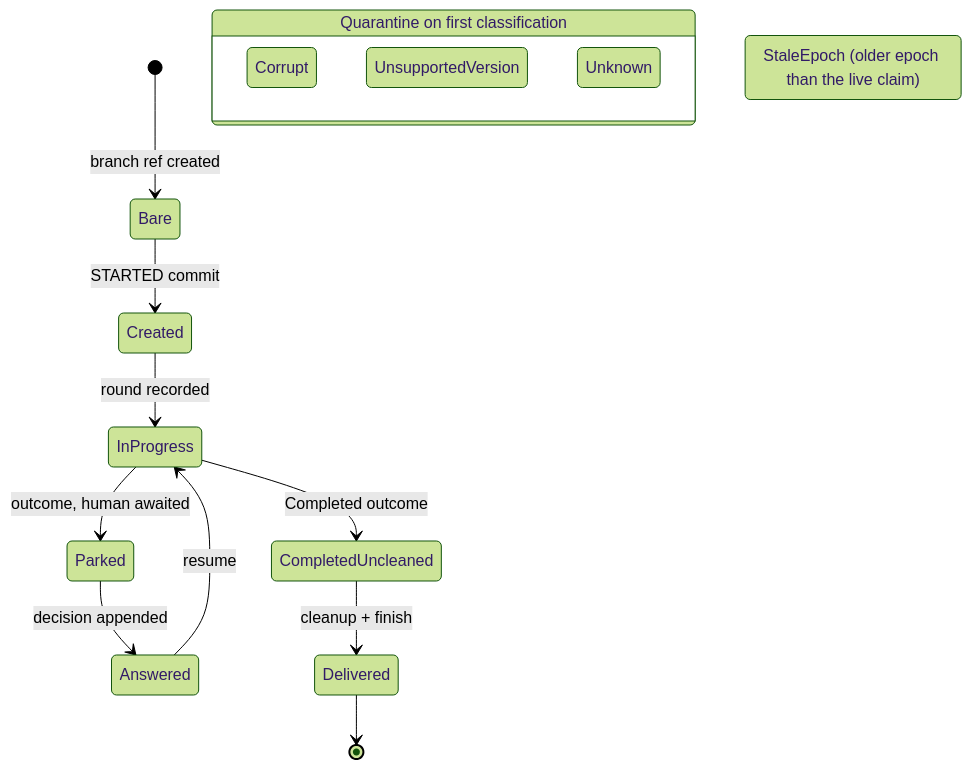
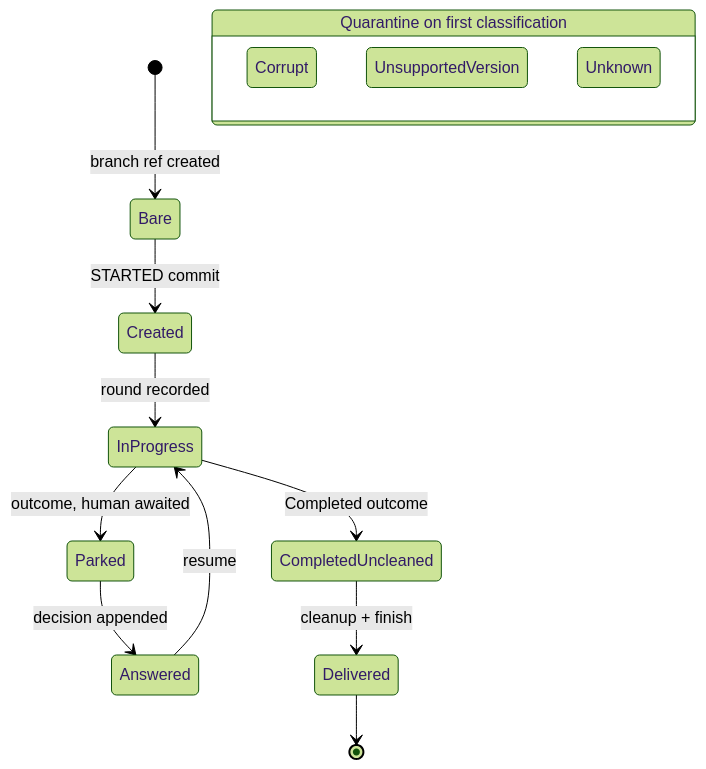
Before and after one commit to oinsio/gnomish-factory: the first of 2 diagrams in openspec/specs/lifecycle/task-branch-contract/spec.md, drawn with Mermaid (forest theme). The commit also changed other lines of this file and 165 other files, not shown here.

First line of the commit message:
fix(lifecycle): stop quarantining every reclaim on a false stale-epoch fence (#54)

````diff
--- a/openspec/specs/lifecycle/task-branch-contract/spec.md
+++ b/openspec/specs/lifecycle/task-branch-contract/spec.md
@@ -29,19 +28,18 @@
 ```mermaid
 stateDiagram-v2
     [*] --> Bare: branch ref created
     Bare --> Created: STARTED commit
     Created --> InProgress: round recorded
     InProgress --> Parked: outcome, human awaited
     Parked --> Answered: decision appended
     Answered --> InProgress: resume
     InProgress --> CompletedUncleaned: Completed outcome
     CompletedUncleaned --> Delivered: cleanup + finish
     Delivered --> [*]
 
     state "Quarantine on first classification" as Q {
         Corrupt
         UnsupportedVersion
         Unknown
     }
-    StaleEpoch: StaleEpoch (older epoch than the live claim)
 ```
````
